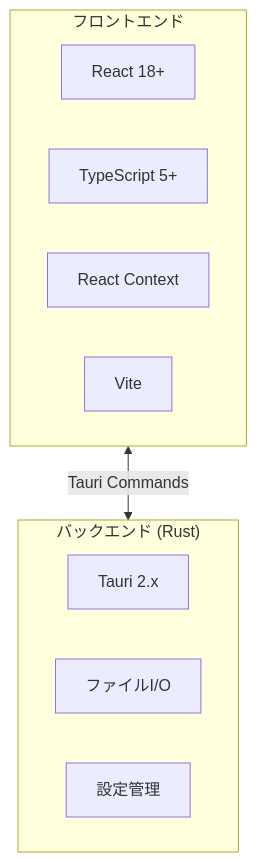
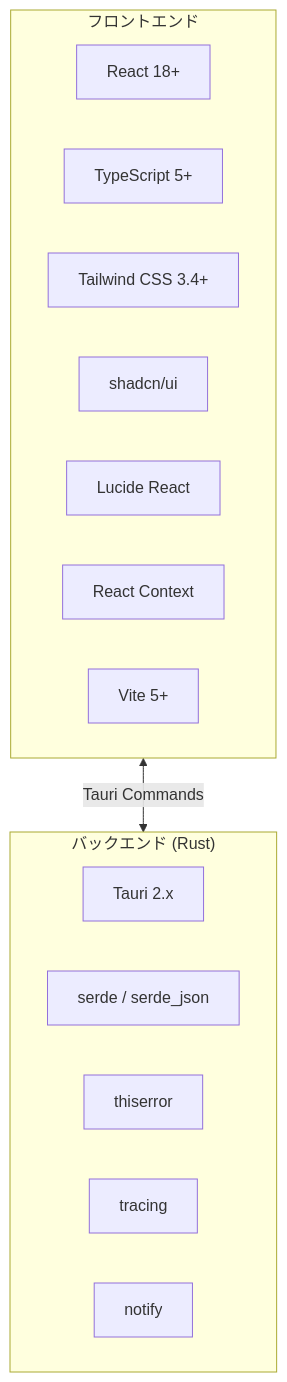
The diagram in docs/spec.md (lietsee/picSort), drawn with Mermaid before and after one commit. The commit also changed other lines of this file and 60 other files, not shown here.

````diff
--- a/docs/spec.md
+++ b/docs/spec.md
@@ -18,17 +18,22 @@
 ```mermaid
 graph TB
     subgraph Frontend["フロントエンド"]
         React["React 18+"]
         TypeScript["TypeScript 5+"]
+        Tailwind["Tailwind CSS 3.4+"]
+        ShadcnUI["shadcn/ui"]
+        Lucide["Lucide React"]
         Context["React Context"]
-        Vite["Vite"]
+        Vite["Vite 5+"]
     end
 
     subgraph Backend["バックエンド (Rust)"]
         Tauri["Tauri 2.x"]
-        FileIO["ファイルI/O"]
-        Config["設定管理"]
+        Serde["serde / serde_json"]
+        Thiserror["thiserror"]
+        Tracing["tracing"]
+        Notify["notify"]
     end
 
     Frontend <-->|"Tauri Commands"| Backend
 ```
````
